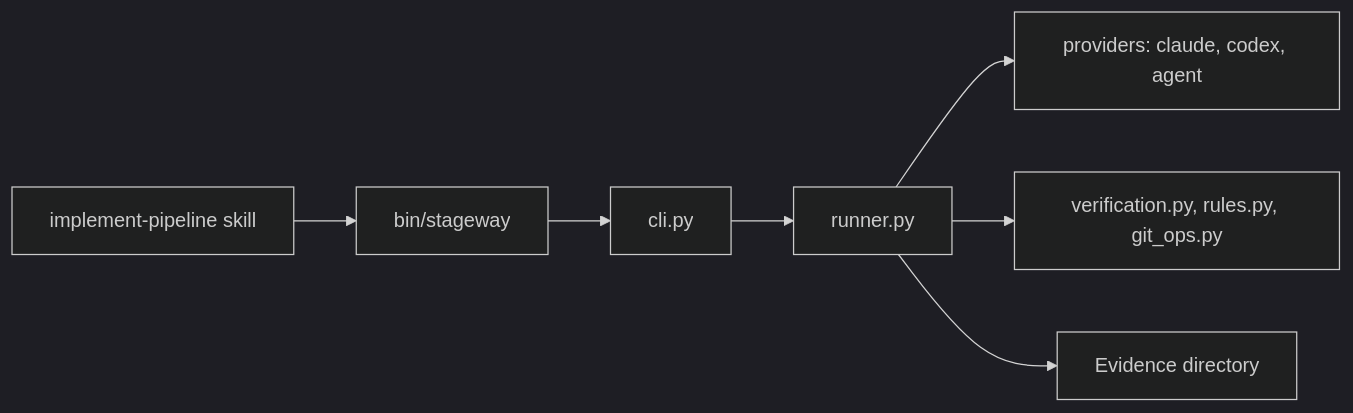
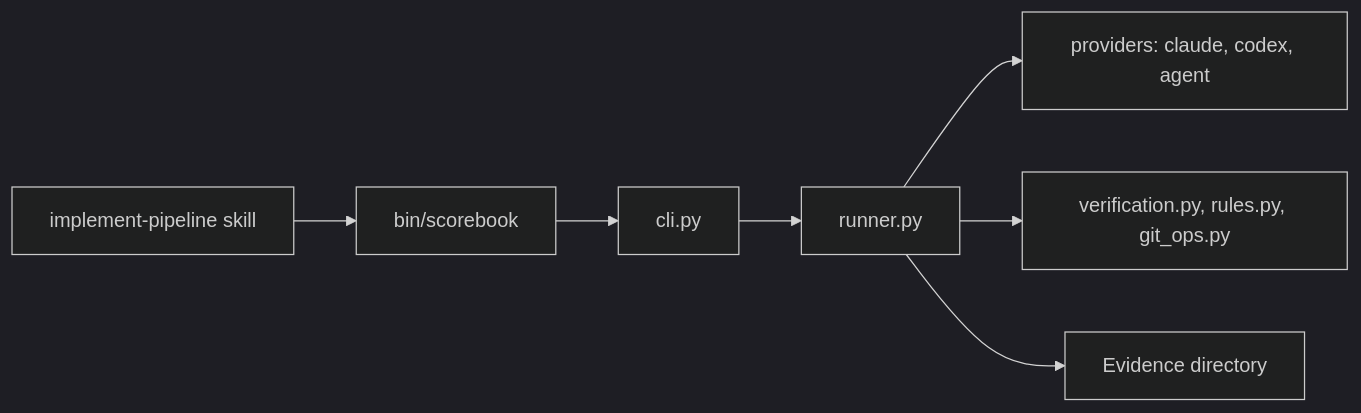
The diagram in docs-data/diagrams/run-path.mmd (MarkoArsov/agent-workflow), drawn with Mermaid (dark theme) before and after one commit. The commit also changed 134 other files, not shown here.

```diff
--- a/docs-data/diagrams/run-path.mmd
+++ b/docs-data/diagrams/run-path.mmd
@@ -1,8 +1,8 @@
 %% What runs when you start a run. Rendered by hand as run-path.html.
 flowchart LR
-    A[implement-pipeline skill] --> B[bin/stageway]
+    A[implement-pipeline skill] --> B[bin/scorebook]
     B --> C[cli.py]
     C --> D[runner.py]
     D --> E[providers: claude, codex, agent]
     D --> F[verification.py, rules.py, git_ops.py]
     D --> G[Evidence directory]
```
